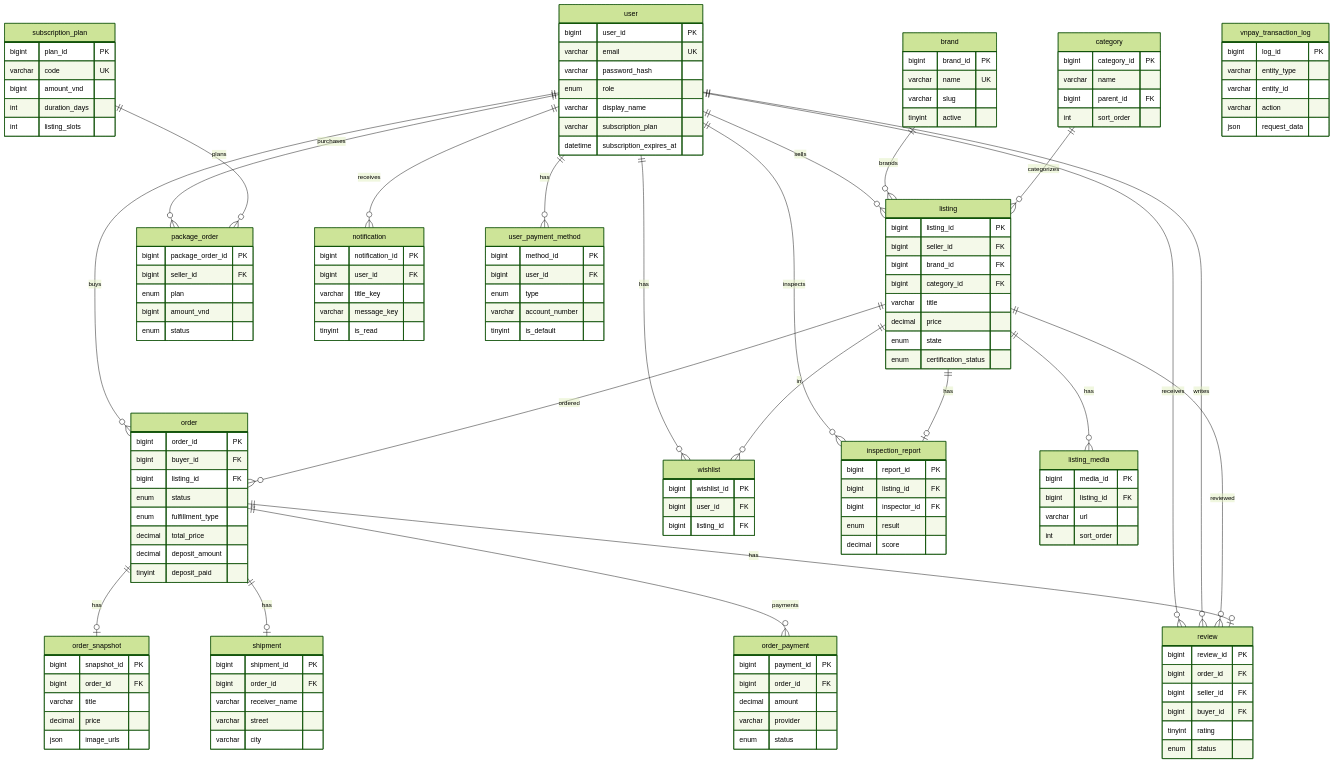
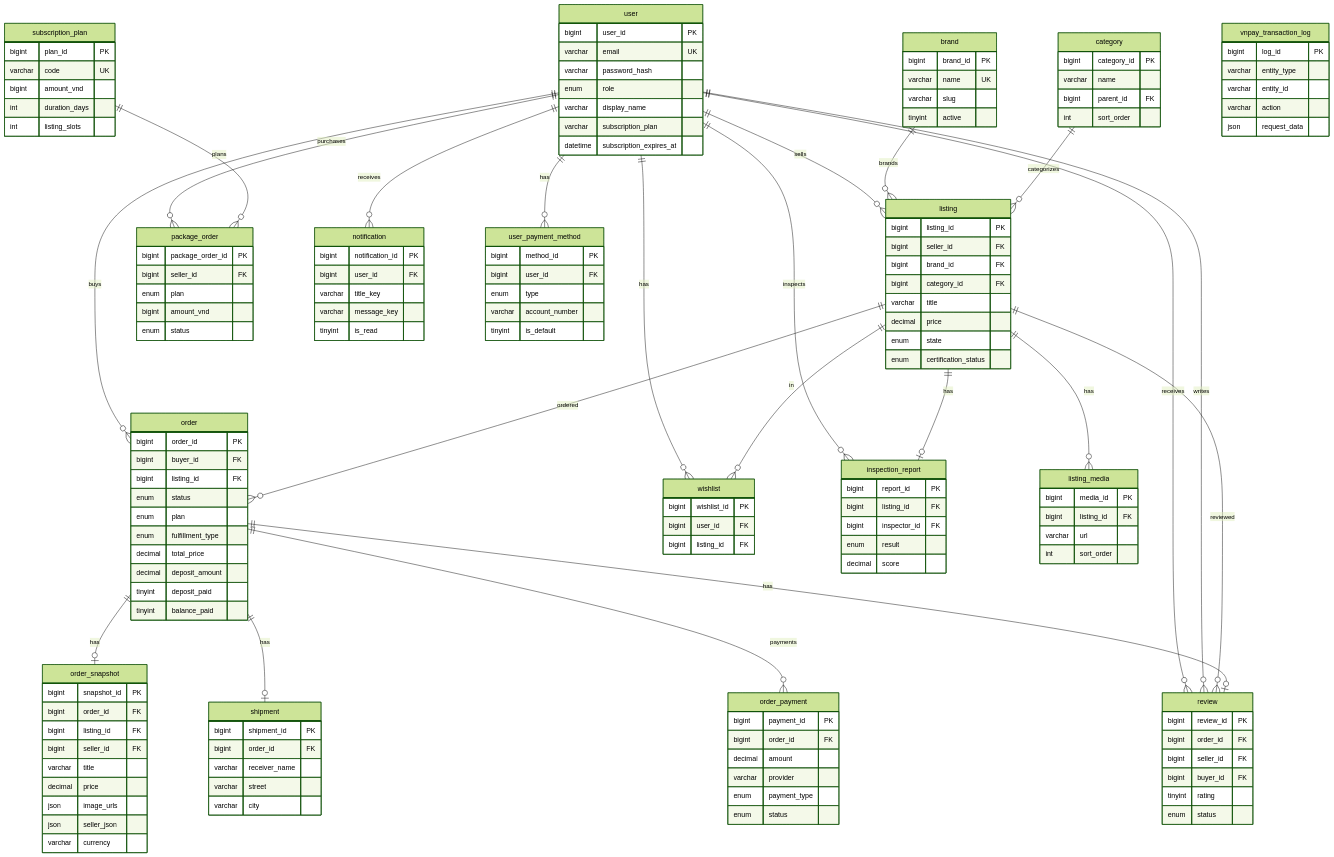
One commit to cu3vt123/bike-trading-backend changed the diagram in docs/ERD-MYSQL.md. Above: the diagram before and after it, drawn with Mermaid (forest theme). The commit also changed other lines of this file and 11 other files, not shown here.

First line of the commit message:
demo: ERD/MySQL cập nhật + chuẩn bị trình bày

```diff
--- a/docs/ERD-MYSQL.md
+++ b/docs/ERD-MYSQL.md
@@ -119,18 +119,24 @@
         bigint buyer_id FK
         bigint listing_id FK
         enum status
+        enum plan
         enum fulfillment_type
         decimal total_price
         decimal deposit_amount
         tinyint deposit_paid
+        tinyint balance_paid
     }
 
     order_snapshot {
         bigint snapshot_id PK
         bigint order_id FK
+        bigint listing_id FK
+        bigint seller_id FK
         varchar title
         decimal price
         json image_urls
+        json seller_json
+        varchar currency
     }
 
     shipment {
@@ -146,6 +152,7 @@
         bigint order_id FK
         decimal amount
         varchar provider
+        enum payment_type
         enum status
     }
 
```
